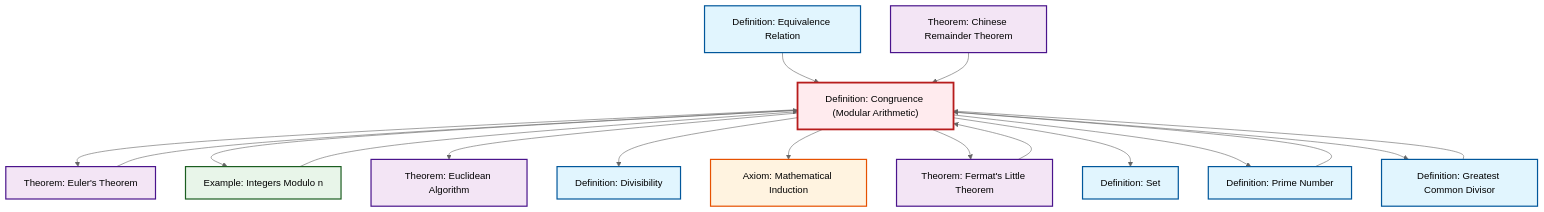
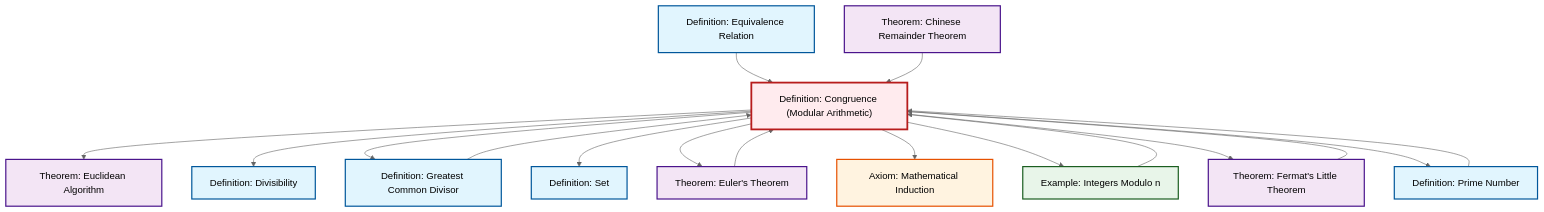
One commit to RK0429/ModernMath changed the diagram in content/en/number-theory/def-congruence.qmd. Above: the diagram before and after it, drawn with Mermaid (neutral theme). The commit also changed other lines of this file and 1069 other files, not shown here.

````diff
--- a/content/en/number-theory/def-congruence.qmd
+++ b/content/en/number-theory/def-congruence.qmd
@@ -123,49 +123,49 @@
 ```{mermaid}
 %%| fig-cap: "Local dependency graph"
 graph TD
     classDef definition fill:#e1f5fe,stroke:#01579b,stroke-width:2px
     classDef theorem fill:#f3e5f5,stroke:#4a148c,stroke-width:2px
     classDef axiom fill:#fff3e0,stroke:#e65100,stroke-width:2px
     classDef example fill:#e8f5e9,stroke:#1b5e20,stroke-width:2px
     classDef current fill:#ffebee,stroke:#b71c1c,stroke-width:3px
+    def-congruence["Definition: Congruence (Modular Arithmetic)"]:::definition
+    def-divisibility["Definition: Divisibility"]:::definition
+    def-set["Definition: Set"]:::definition
+    ax-induction["Axiom: Mathematical Induction"]:::axiom
+    thm-euclidean-algorithm["Theorem: Euclidean Algorithm"]:::theorem
+    thm-euler["Theorem: Euler's Theorem"]:::theorem
     thm-chinese-remainder["Theorem: Chinese Remainder Theorem"]:::theorem
-    def-set["Definition: Set"]:::definition
     thm-fermat-little["Theorem: Fermat's Little Theorem"]:::theorem
-    thm-euclidean-algorithm["Theorem: Euclidean Algorithm"]:::theorem
     def-gcd["Definition: Greatest Common Divisor"]:::definition
-    def-divisibility["Definition: Divisibility"]:::definition
+    ex-quotient-integers-mod-n["Example: Integers Modulo n"]:::example
+    def-prime["Definition: Prime Number"]:::definition
     def-equivalence-relation["Definition: Equivalence Relation"]:::definition
-    thm-euler["Theorem: Euler's Theorem"]:::theorem
-    ax-induction["Axiom: Mathematical Induction"]:::axiom
-    def-prime["Definition: Prime Number"]:::definition
-    def-congruence["Definition: Congruence (Modular Arithmetic)"]:::definition
-    ex-quotient-integers-mod-n["Example: Integers Modulo n"]:::example
+    thm-euler --> def-congruence
+    def-congruence --> thm-euclidean-algorithm
+    def-equivalence-relation --> def-congruence
+    ex-quotient-integers-mod-n --> def-congruence
+    def-congruence --> def-divisibility
+    def-congruence --> def-gcd
+    def-congruence --> def-set
+    def-prime --> def-congruence
     def-congruence --> thm-euler
+    thm-chinese-remainder --> def-congruence
+    def-congruence --> ax-induction
     def-congruence --> ex-quotient-integers-mod-n
-    def-congruence --> thm-euclidean-algorithm
     def-gcd --> def-congruence
-    ex-quotient-integers-mod-n --> def-congruence
-    def-equivalence-relation --> def-congruence
-    def-prime --> def-congruence
-    def-congruence --> def-divisibility
-    thm-euler --> def-congruence
-    def-congruence --> ax-induction
     def-congruence --> thm-fermat-little
-    def-congruence --> def-set
+    thm-fermat-little --> def-congruence
     def-congruence --> def-prime
-    def-congruence --> def-gcd
-    thm-fermat-little --> def-congruence
-    thm-chinese-remainder --> def-congruence
     class def-congruence current
+    click def-divisibility "def-divisibility.html" "Go to Divisibility definition"
+    click def-set "def-set.html" "Go to Set definition"
+    click ax-induction "ax-induction.html" "Go to Mathematical Induction axiom"
+    click thm-euclidean-algorithm "thm-euclidean-algorithm.html" "Go to Euclidean Algorithm theorem"
+    click thm-euler "thm-euler.html" "Go to Euler's Theorem theorem"
     click thm-chinese-remainder "thm-chinese-remainder.html" "Go to Chinese Remainder Theorem theorem"
-    click def-set "def-set.html" "Go to Set definition"
     click thm-fermat-little "thm-fermat-little.html" "Go to Fermat's Little Theorem theorem"
-    click thm-euclidean-algorithm "thm-euclidean-algorithm.html" "Go to Euclidean Algorithm theorem"
     click def-gcd "def-gcd.html" "Go to Greatest Common Divisor definition"
-    click def-divisibility "def-divisibility.html" "Go to Divisibility definition"
+    click ex-quotient-integers-mod-n "ex-quotient-integers-mod-n.html" "Go to Integers Modulo n example"
+    click def-prime "def-prime.html" "Go to Prime Number definition"
     click def-equivalence-relation "def-equivalence-relation.html" "Go to Equivalence Relation definition"
-    click thm-euler "thm-euler.html" "Go to Euler's Theorem theorem"
-    click ax-induction "ax-induction.html" "Go to Mathematical Induction axiom"
-    click def-prime "def-prime.html" "Go to Prime Number definition"
-    click ex-quotient-integers-mod-n "ex-quotient-integers-mod-n.html" "Go to Integers Modulo n example"
 ```
````
